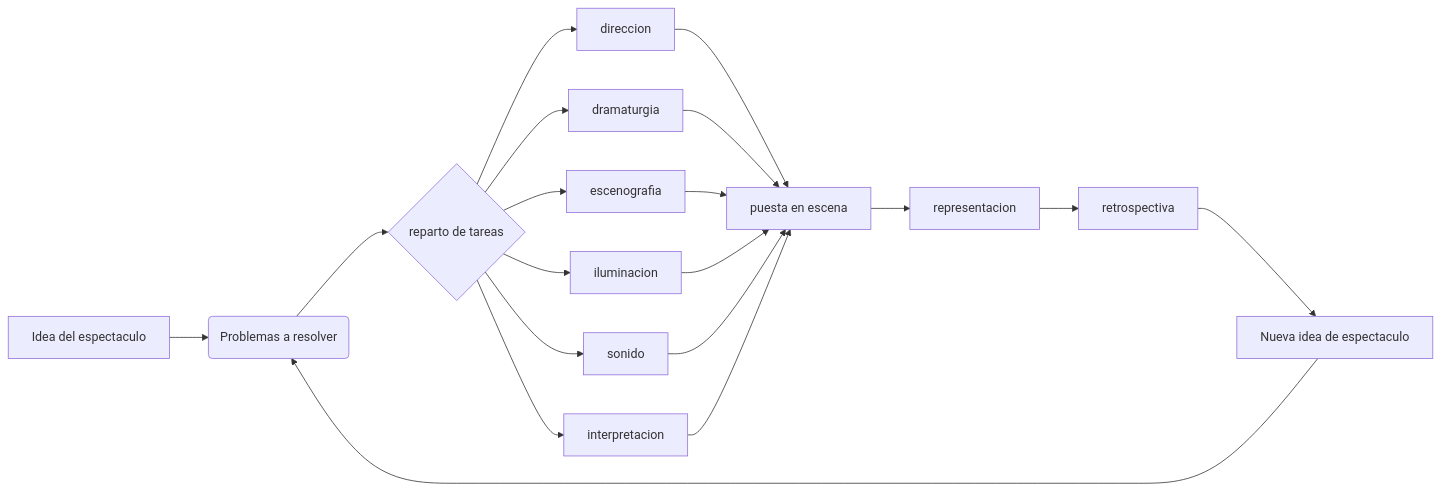
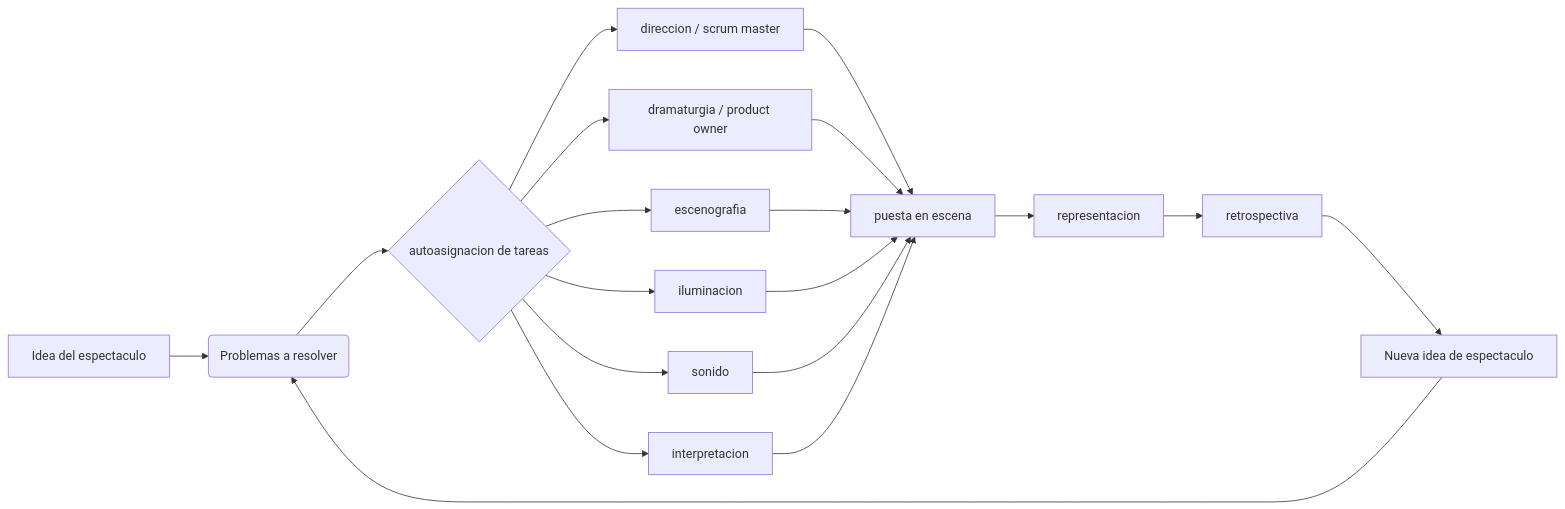
The diagram in about.qmd (DavidMaqueda/testtest3), drawn with Mermaid before and after one commit. The commit also changed other lines of this file and 2 other files, not shown here.

````diff
--- a/about.qmd
+++ b/about.qmd
@@ -26,22 +26,22 @@
 ```{mermaid}
 flowchart LR
   A[Idea del espectaculo] --> B(Problemas a resolver)
-  B --> C{reparto de tareas}
-  C --> D[direccion]
-  C --> E[dramaturgia]
+  B --> C{autoasignacion de tareas}
+  C --> D[direccion / scrum master]
+  C --> E[dramaturgia / product owner]
   C --> F[escenografia]
   C --> G[iluminacion]
   C --> H[sonido]
   C --> I[interpretacion]
   D --> J[puesta en escena]
   E --> J[puesta en escena]
   F --> J[puesta en escena]
   G --> J[puesta en escena]
   H --> J[puesta en escena]
   I --> J[puesta en escena]
   J --> k[representacion]
   k --> L[retrospectiva]
   L --> M[Nueva idea de espectaculo]
   M --> B
   
   ```
````
